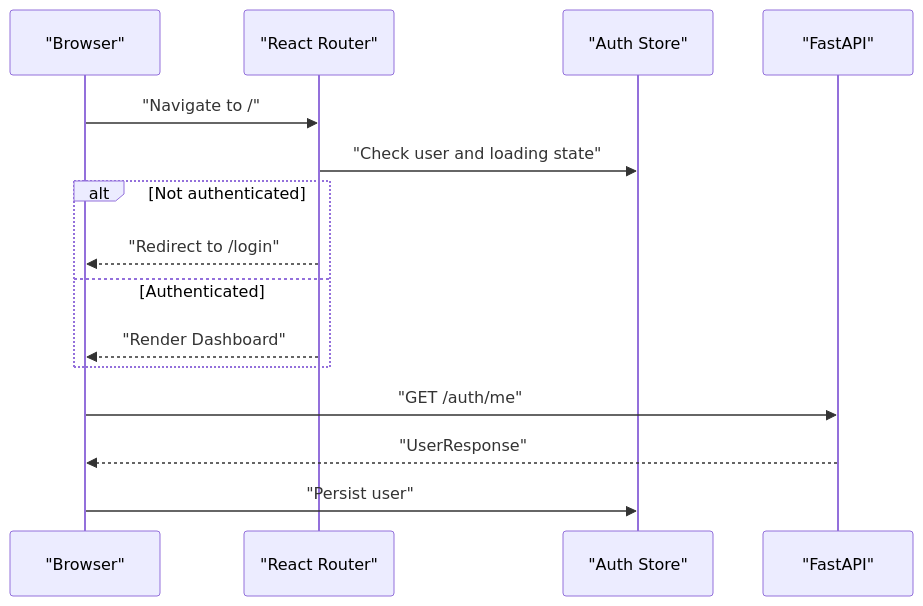
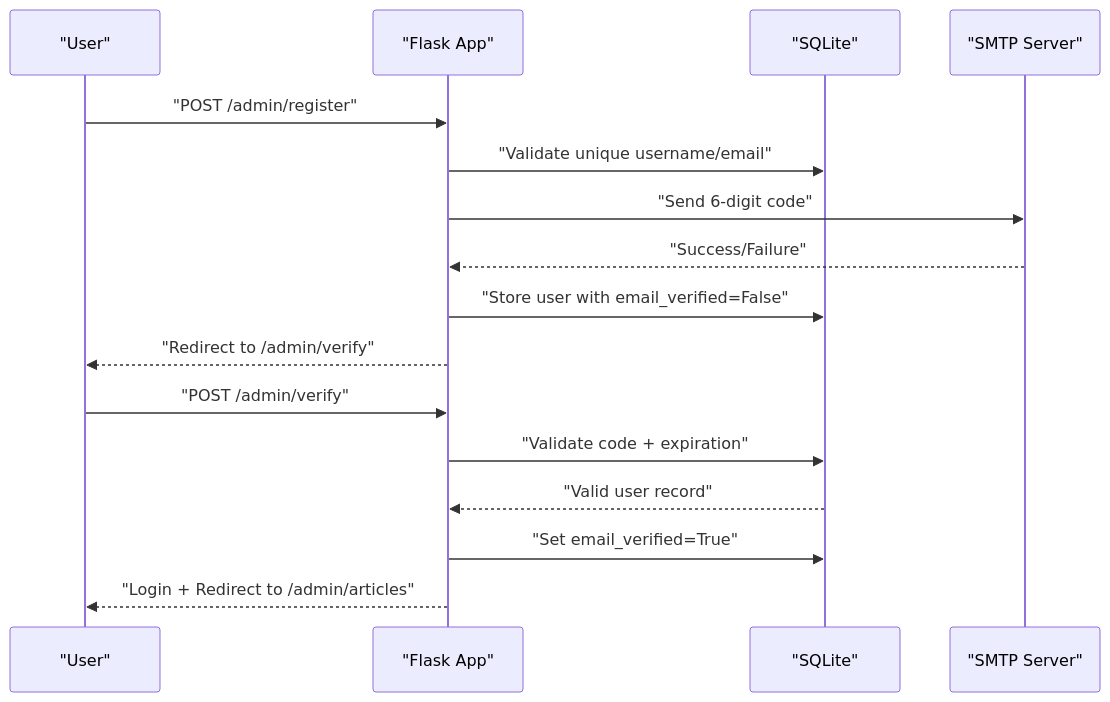
The sixth of 8 diagrams in .qoder/repowiki/en/content/Development Guidelines.md (PolarisW007/PolaZhenJing), drawn with Mermaid before and after one commit. The commit also changed other lines of this file and 12 other files, not shown here.

````diff
--- a/.qoder/repowiki/en/content/Development Guidelines.md
+++ b/.qoder/repowiki/en/content/Development Guidelines.md
@@ -272,17 +300,18 @@
 ```mermaid
 sequenceDiagram
-participant Browser as "Browser"
-participant Router as "React Router"
-participant Store as "Auth Store"
-participant Backend as "FastAPI"
-Browser->>Router : "Navigate to /"
-Router->>Store : "Check user and loading state"
-alt Not authenticated
-Router-->>Browser : "Redirect to /login"
-else Authenticated
-Router-->>Browser : "Render Dashboard"
-end
-Browser->>Backend : "GET /auth/me"
-Backend-->>Browser : "UserResponse"
-Browser->>Store : "Persist user"
+participant User as "User"
+participant Flask as "Flask App"
+participant DB as "SQLite"
+participant Mailer as "SMTP Server"
+User->>Flask : "POST /admin/register"
+Flask->>DB : "Validate unique username/email"
+Flask->>Mailer : "Send 6-digit code"
+Mailer-->>Flask : "Success/Failure"
+Flask->>DB : "Store user with email_verified=False"
+Flask-->>User : "Redirect to /admin/verify"
+User->>Flask : "POST /admin/verify"
+Flask->>DB : "Validate code + expiration"
+DB-->>Flask : "Valid user record"
+Flask->>DB : "Set email_verified=True"
+Flask-->>User : "Login + Redirect to /admin/articles"
 ```
````
